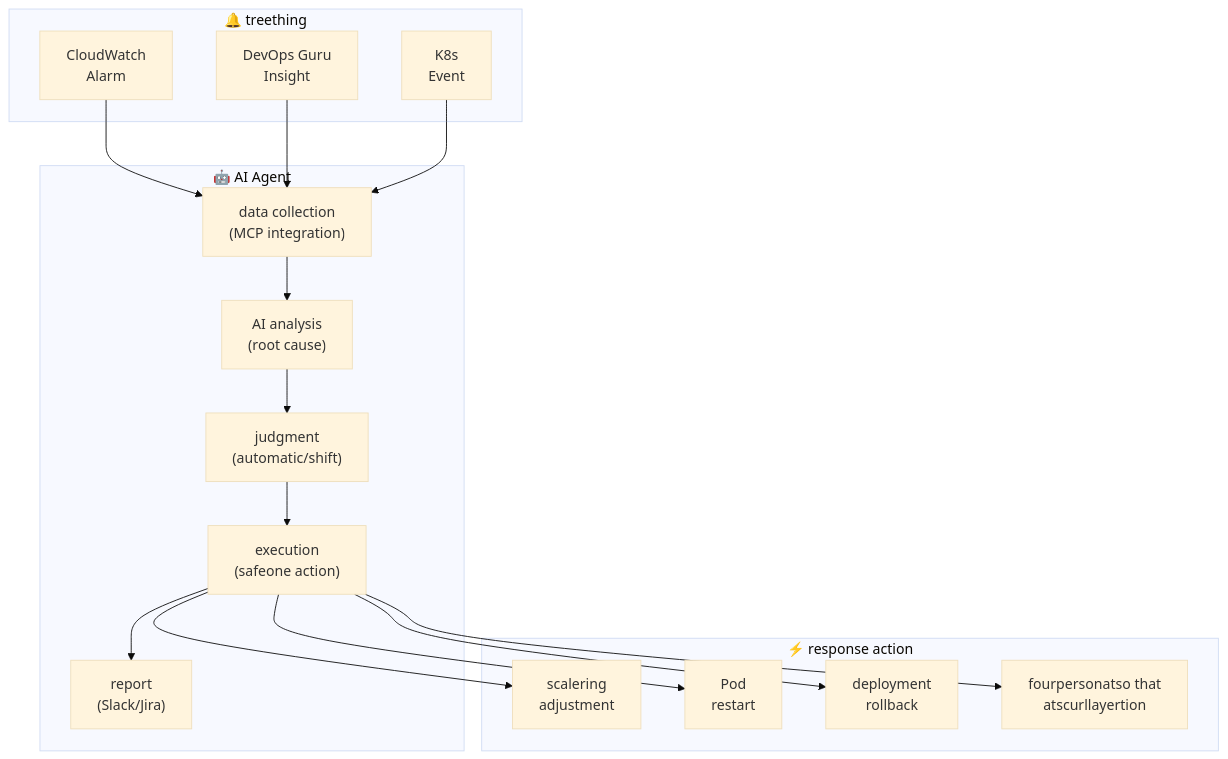
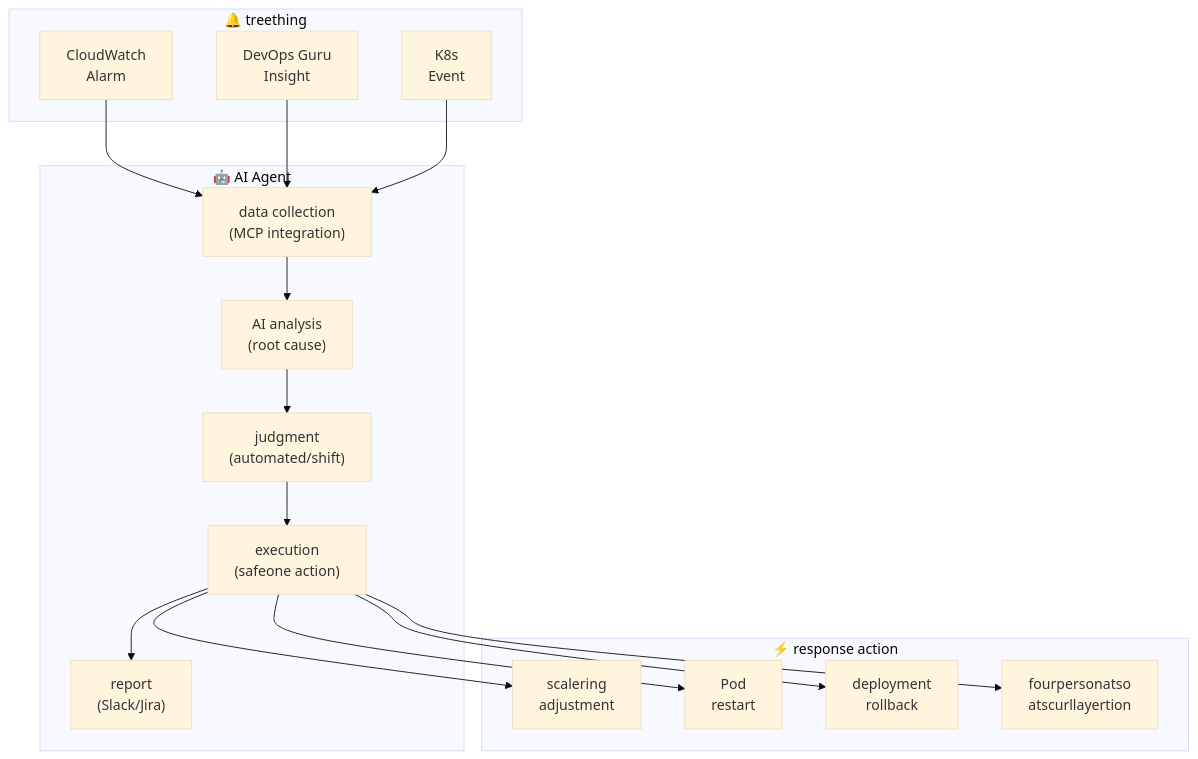
One commit to devfloor9/engineering-playbook changed the fourth of 13 diagrams in i18n/en/docusaurus-plugin-content-docs/current/aiops-aidlc/aiops-predictive-operations.md. Above: the diagram before and after it, drawn with Mermaid (base theme). The commit also changed other lines of this file, not shown here.

````diff
--- a/i18n/en/docusaurus-plugin-content-docs/current/aiops-aidlc/aiops-predictive-operations.md
+++ b/i18n/en/docusaurus-plugin-content-docs/current/aiops-aidlc/aiops-predictive-operations.md
@@ -1008,33 +1006,31 @@
 ```mermaid
 graph TD
 subgraph Trigger["🔔 treething"]
 CWA["CloudWatch<br/>Alarm"]
 DGA["DevOps Guru<br/>Insight"]
 K8SE["K8s<br/>Event"]
 end
 
 subgraph Agent["🤖 AI Agent"]
 COLLECT["data collection<br/>(MCP integration)"]
 ANALYZE["AI analysis<br/>(root cause)"]
-DECIDE["judgment<br/>(automatic/shift)"]
+DECIDE["judgment<br/>(automated/shift)"]
 ACT["execution<br/>(safeone action)"]
 REPORT["report<br/>(Slack/Jira)"]
 end
 
 subgraph Actions["⚡ response action"]
 SCALE["scalering<br/>adjustment"]
 RESTART["Pod<br/>restart"]
 ROLLBACK["deployment<br/>rollback"]
-ESCALATE["fourpersonatso that<br/>atscurllayertion"]
+ESCALATE["fourpersonatso <br/>atscurllayertion"]
 end
 
 CWA --> COLLECT
 DGA --> COLLECT
-K8SE --> COLLECT
-COLLECT --> ANALYZE --> DECIDE
-DECIDE --> ACT --> REPORT
+K8SE --> COLLECT --> ANALYZE --> DECIDE --> ACT --> REPORT
 ACT --> SCALE
 ACT --> RESTART
 ACT --> ROLLBACK
 ACT --> ESCALATE
 ```
````
